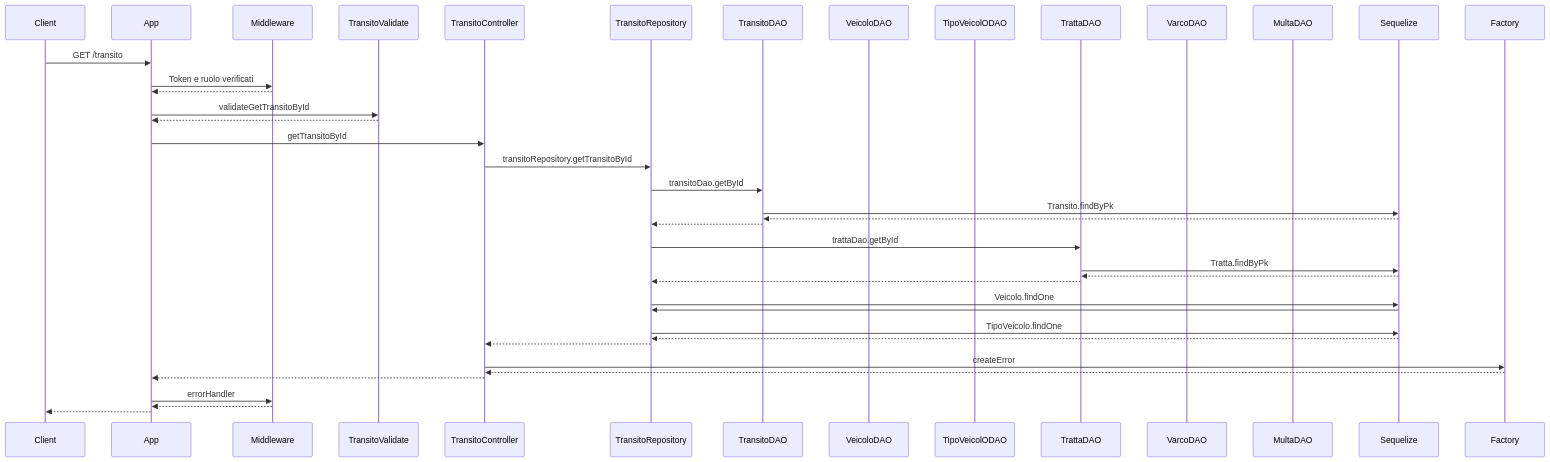
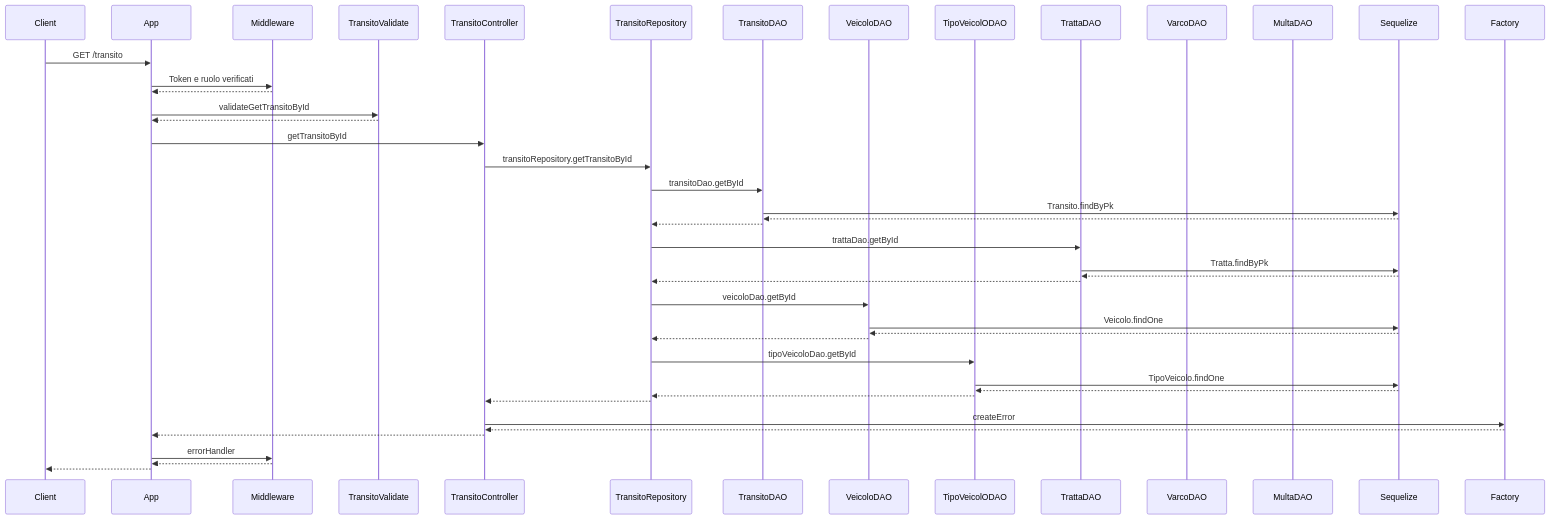
One commit to MattSona99/ProgettoPA changed the ninth of 14 diagrams in README.md. Above: the diagram before and after it, drawn with Mermaid. The commit also changed other lines of this file, not shown here.

````diff
--- a/README.md
+++ b/README.md
@@ -478,44 +490,48 @@
 ```mermaid
 sequenceDiagram
   participant C as Client
   participant A as App
   participant M as Middleware
   participant TV as TransitoValidate
   participant CN as TransitoController
   participant R as TransitoRepository
   participant TD as TransitoDAO
   participant VD as VeicoloDAO
   participant TVD as TipoVeicolODAO
   participant TTD as TrattaDAO
   participant VRD as VarcoDAO
   participant MD as MultaDAO
   participant S as Sequelize
   participant F as Factory
 
   C ->> A: GET /transito
   A ->> M: Token e ruolo verificati
   M -->> A: 
   A ->> TV: validateGetTransitoById
   TV -->> A: 
   A ->> CN: getTransitoById
   CN ->> R: transitoRepository.getTransitoById
   R ->> TD: transitoDao.getById
   TD ->> S: Transito.findByPk
   S -->> TD: 
   TD -->> R: 
   R ->> TTD: trattaDao.getById
   TTD ->> S: Tratta.findByPk
   S -->> TTD: 
-  TTD -->> R: 
-  R ->> S: Veicolo.findOne
-  S ->> R: 
-  R ->> S: TipoVeicolo.findOne
-  S -->> R: 
+  TTD -->> R:
+  R ->> VD: veicoloDao.getById
+  VD ->> S: Veicolo.findOne
+  S -->> VD:
+  VD -->> R:
+  R ->> TVD: tipoVeicoloDao.getById
+  TVD ->> S: TipoVeicolo.findOne
+  S -->> TVD:
+  TVD -->> R:  
   R -->> CN: 
   CN ->> F: createError
   F -->> CN: 
   CN -->> A: 
   A ->> M: errorHandler
   M -->> A: 
   A -->> C:  
 ```
````
